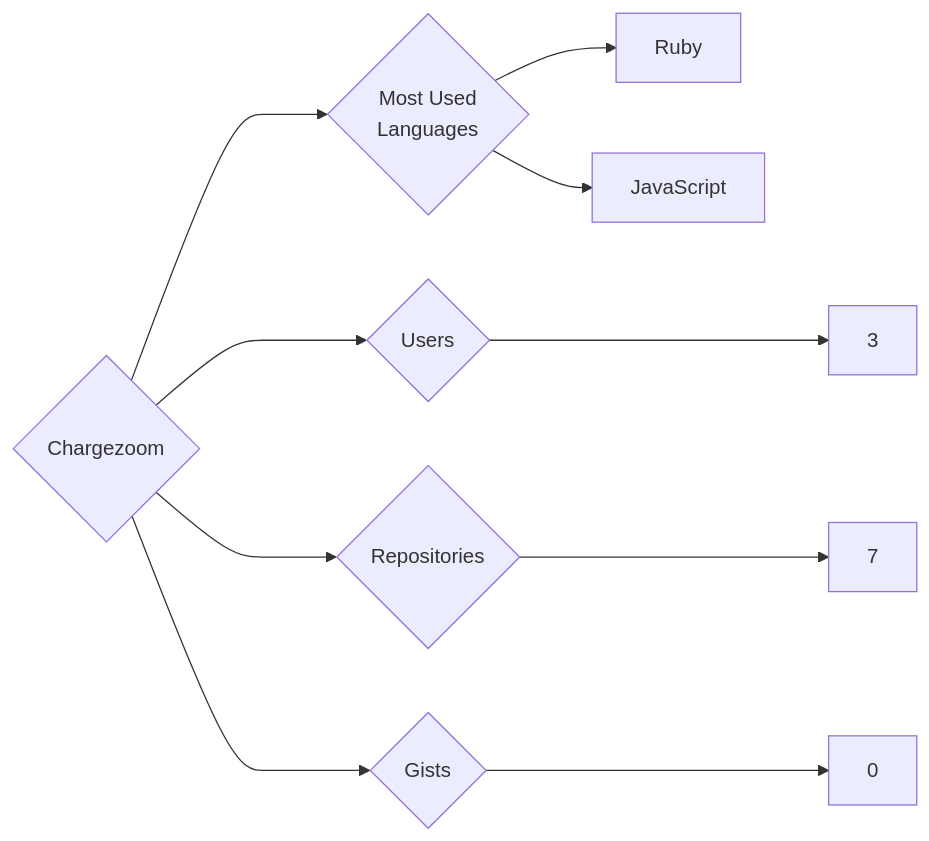
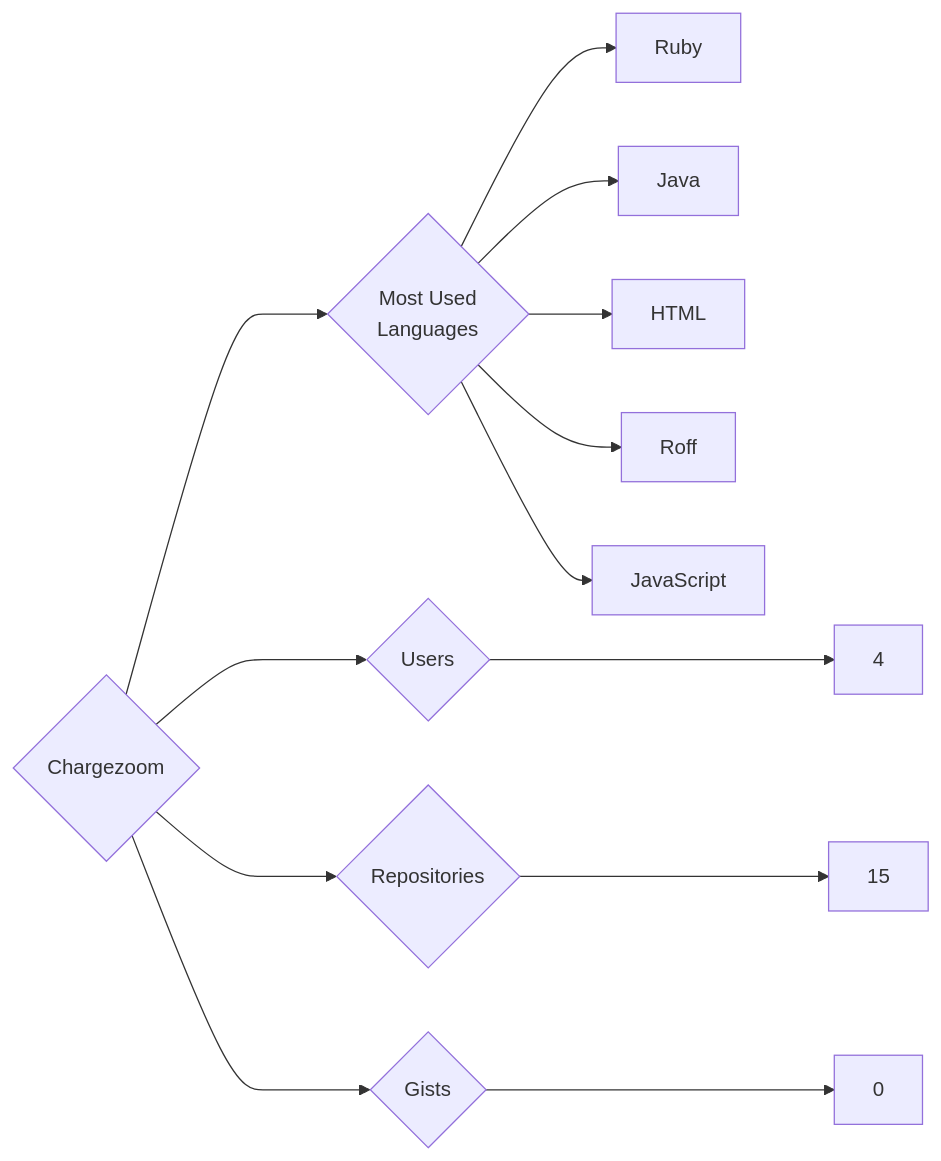
Before and after one commit to trickest/insiders: the diagram in targets/Chargezoom/README.md, drawn with Mermaid. The commit also changed 814 other files, not shown here.

````diff
--- a/targets/Chargezoom/README.md
+++ b/targets/Chargezoom/README.md
@@ -3,10 +3,13 @@
 ```mermaid
 graph LR
 COMPANY_NAME{Chargezoom}
-COMPANY_NAME ---> U{Users} ---> UN[3]
-COMPANY_NAME ---> R{Repositories} ---> RN[7]
+COMPANY_NAME ---> U{Users} ---> UN[4]
+COMPANY_NAME ---> R{Repositories} ---> RN[15]
 COMPANY_NAME ---> G{Gists} ---> GN[0]
 COMPANY_NAME ---> ML{Most Used<br>Languages}
 ML --> Ruby[Ruby]
+ML --> Java[Java]
+ML --> HTML[HTML]
+ML --> Roff[Roff]
 ML --> JavaScript[JavaScript]
 ```
````
